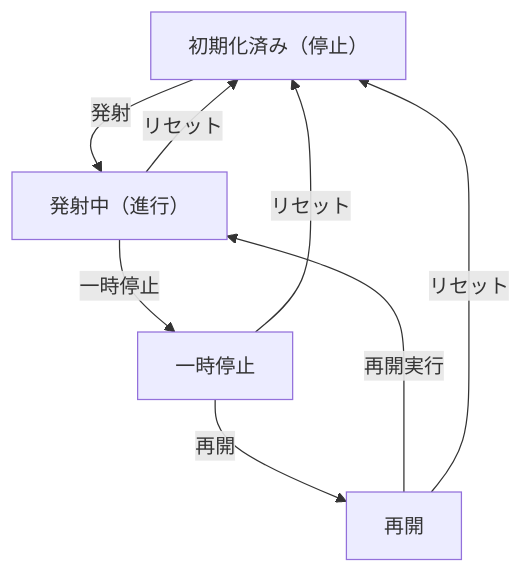
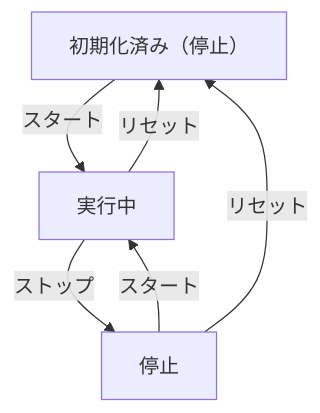
Before and after one commit to Bicpema/bicpema: the second of 2 diagrams in simulation-docs/wave-reflection/wave-reflection.md, drawn with Mermaid. The commit also changed other lines of this file and 10 other files, not shown here.

````diff
--- a/simulation-docs/wave-reflection/wave-reflection.md
+++ b/simulation-docs/wave-reflection/wave-reflection.md
@@ -141,15 +133,12 @@
 ```mermaid
 flowchart TD
   S0[初期化済み（停止）]
-  S1[発射中（進行）]
-  S2[一時停止]
-  S3[再開]
+  S1[実行中]
+  S2[停止]
 
-  S0 -->|発射| S1
-  S1 -->|一時停止| S2
-  S2 -->|再開| S3
-  S3 -->|再開実行| S1
+  S0 -->|スタート| S1
+  S1 -->|ストップ| S2
+  S2 -->|スタート| S1
   S1 -->|リセット| S0
   S2 -->|リセット| S0
-  S3 -->|リセット| S0
 ```
````
